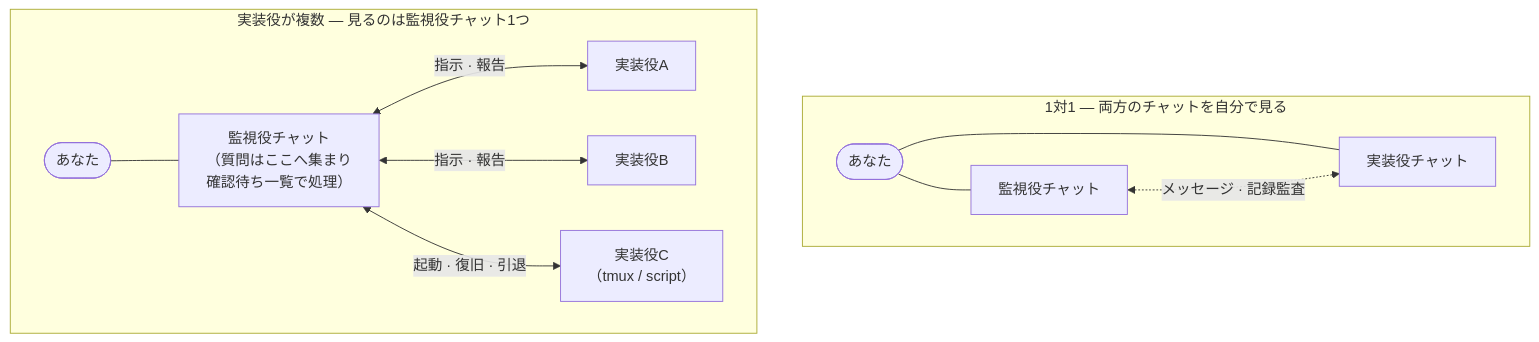
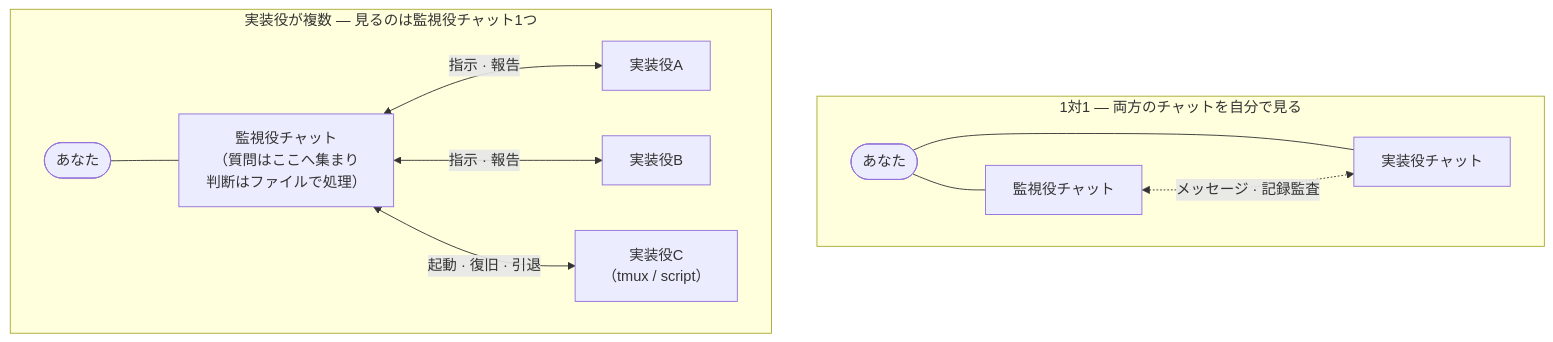
Before and after one commit to inakaegg/pair-watch: the second of 2 diagrams in README.ja.md, drawn with Mermaid. The commit also changed other lines of this file and 1 other file, not shown here.

````diff
--- a/README.ja.md
+++ b/README.ja.md
@@ -61,16 +61,16 @@
 ```mermaid
 flowchart TB
     subgraph classic["1対1 — 両方のチャットを自分で見る"]
         direction LR
         U1([あなた]) --- W1["監視役チャット"]
         U1 --- I1["実装役チャット"]
         W1 <-.->|"メッセージ · 記録監査"| I1
     end
     subgraph multi["実装役が複数 — 見るのは監視役チャット1つ"]
         direction LR
-        U2([あなた]) --- W2["監視役チャット<br/>（質問はここへ集まり<br/>確認待ち一覧で処理）"]
+        U2([あなた]) --- W2["監視役チャット<br/>（質問はここへ集まり<br/>判断はファイルで処理）"]
         W2 <-->|"指示 · 報告"| A["実装役A"]
         W2 <-->|"指示 · 報告"| B["実装役B"]
         W2 <-->|"起動 · 復旧 · 引退"| C["実装役C<br/>（tmux / script）"]
     end
 ```
````
